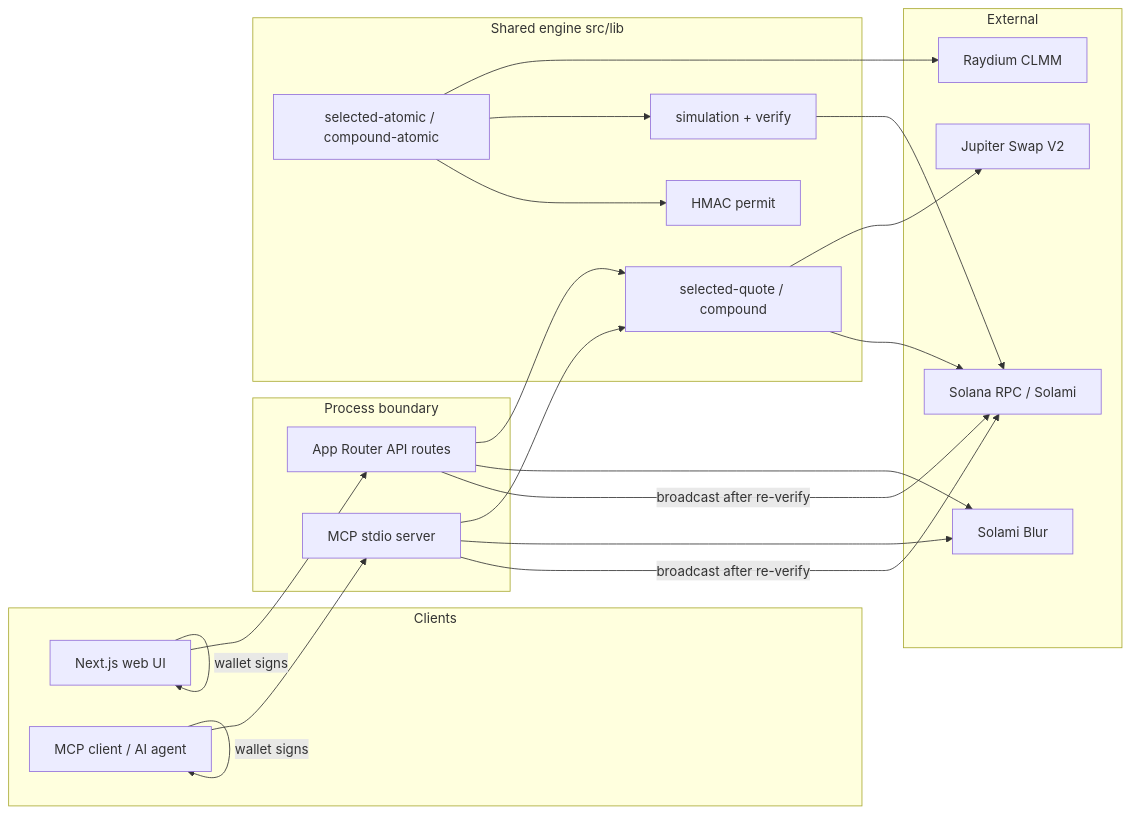
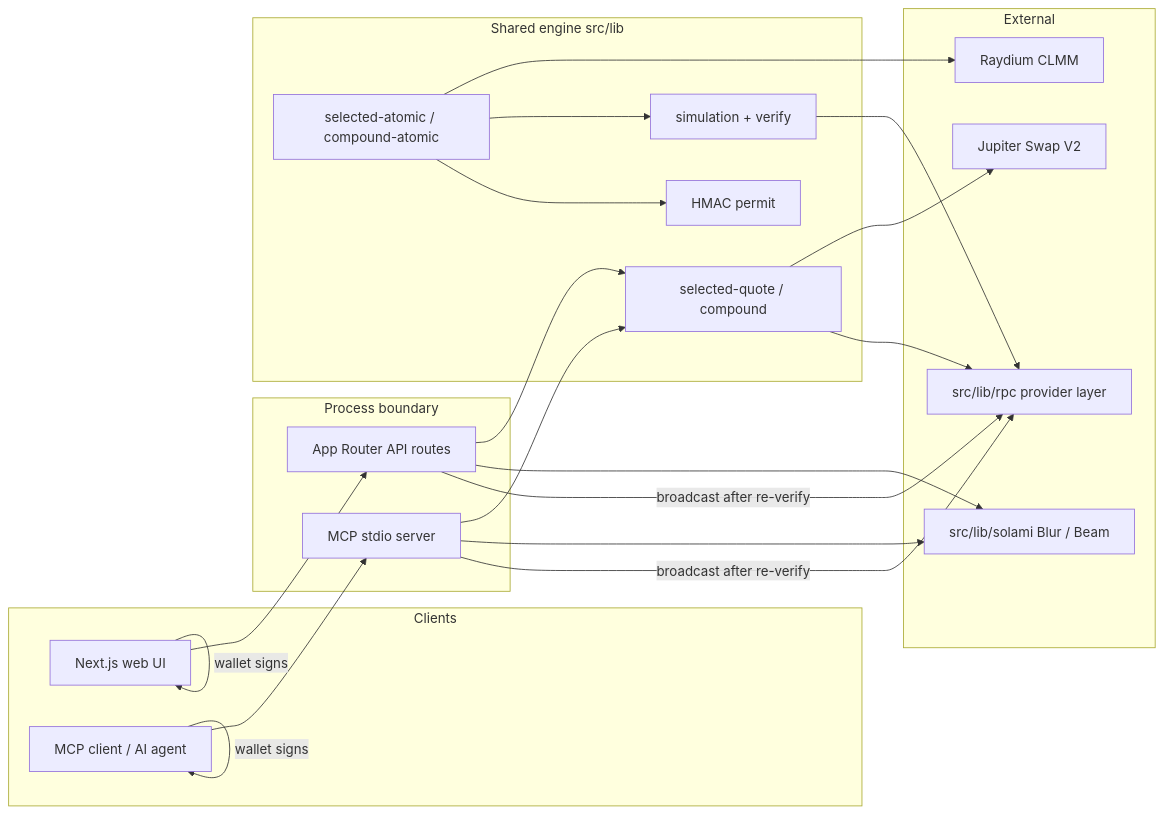
Before and after one commit to truenorth-lj/sofinance-public: the first of 2 diagrams in README.md, drawn with Mermaid. The commit also changed other lines of this file and 17 other files, not shown here.

First line of the commit message:
Add a modular RPC provider layer with Solami fallback.

````diff
--- a/README.md
+++ b/README.md
@@ -226,39 +226,39 @@
 ```mermaid
 flowchart LR
   subgraph clients [Clients]
     Web[Next.js web UI]
     Agent[MCP client / AI agent]
   end
   subgraph edge [Process boundary]
     API[App Router API routes]
     MCP[MCP stdio server]
   end
   subgraph engine ["Shared engine src/lib"]
     Quote[selected-quote / compound]
     Atomic[selected-atomic / compound-atomic]
     Sim[simulation + verify]
     Permit[HMAC permit]
   end
   subgraph external [External]
-    RPC[Solana RPC / Solami]
-    Blur[Solami Blur]
+    RPC[src/lib/rpc provider layer]
+    Blur[src/lib/solami Blur / Beam]
     Jup[Jupiter Swap V2]
     Ray[Raydium CLMM]
   end
   Web --> API
   Agent --> MCP
   API --> Quote
   MCP --> Quote
   Quote --> Jup
   Quote --> RPC
   API --> Blur
   MCP --> Blur
   Atomic --> Ray
   Atomic --> Sim
   Sim --> RPC
   Atomic --> Permit
   Web -->|wallet signs| Web
   Agent -->|wallet signs| Agent
   API -->|broadcast after re-verify| RPC
   MCP -->|broadcast after re-verify| RPC
 ```
````
